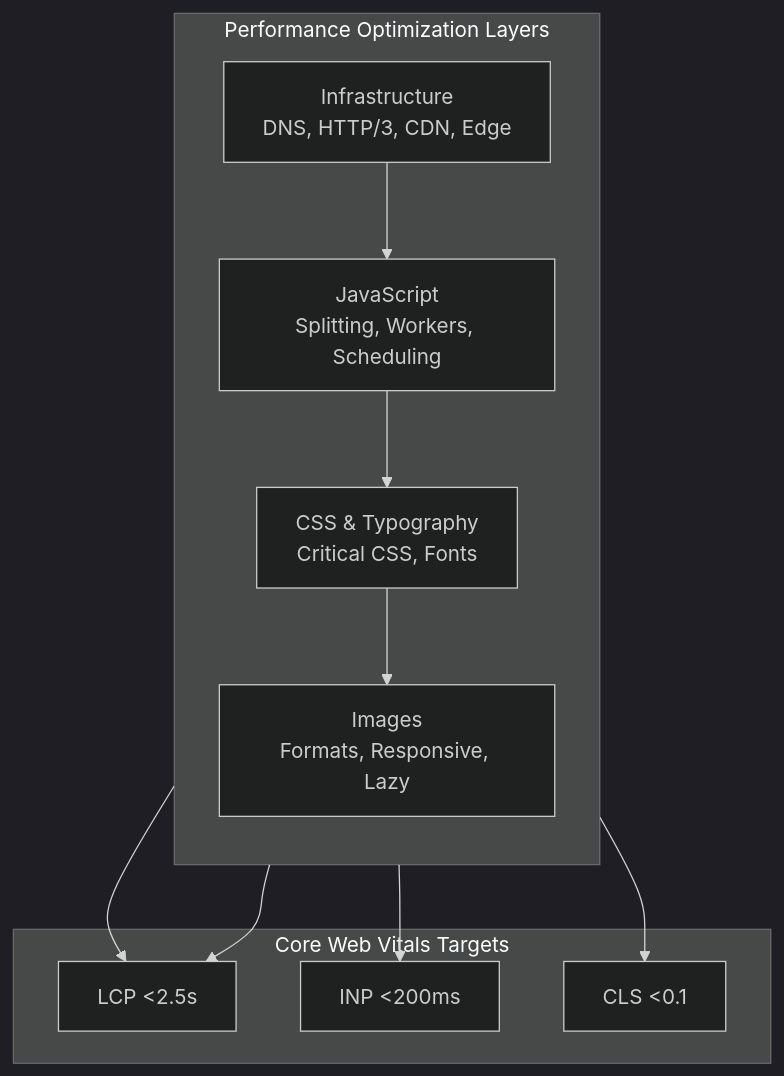
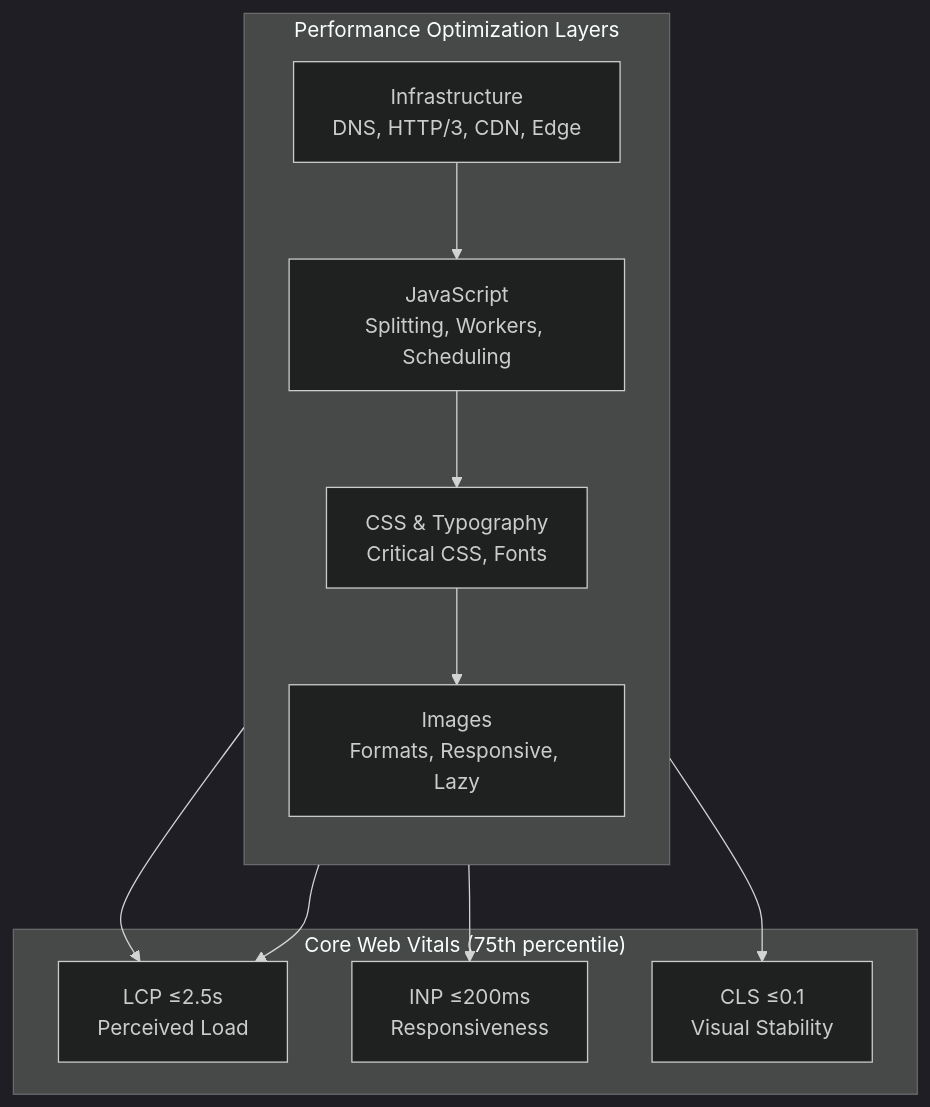
One commit to sujeet-pro/legacy-personal-site changed the diagram in v4/content/articles/frontend-engineering/web-performance-optimization/web-performance-overview/README.md. Above: the diagram before and after it, drawn with Mermaid (dark theme). The commit also changed other lines of this file and 16 other files, not shown here.

````diff
--- a/v4/content/articles/frontend-engineering/web-performance-optimization/web-performance-overview/README.md
+++ b/v4/content/articles/frontend-engineering/web-performance-optimization/web-performance-overview/README.md
@@ -44,25 +7,25 @@
 ```mermaid
 flowchart TB
     subgraph "Performance Optimization Layers"
         direction TB
         INFRA["Infrastructure<br/>DNS, HTTP/3, CDN, Edge"]
         JS["JavaScript<br/>Splitting, Workers, Scheduling"]
         CSS["CSS & Typography<br/>Critical CSS, Fonts"]
         IMG["Images<br/>Formats, Responsive, Lazy"]
     end
 
     INFRA --> JS
     JS --> CSS
     CSS --> IMG
 
-    subgraph "Core Web Vitals Targets"
-        LCP["LCP <2.5s"]
-        INP["INP <200ms"]
-        CLS["CLS <0.1"]
+    subgraph "Core Web Vitals (75th percentile)"
+        LCP["LCP ≤2.5s<br/>Perceived Load"]
+        INP["INP ≤200ms<br/>Responsiveness"]
+        CLS["CLS ≤0.1<br/>Visual Stability"]
     end
 
     INFRA --> LCP
     JS --> INP
     CSS --> CLS
     IMG --> LCP
 ```
````
